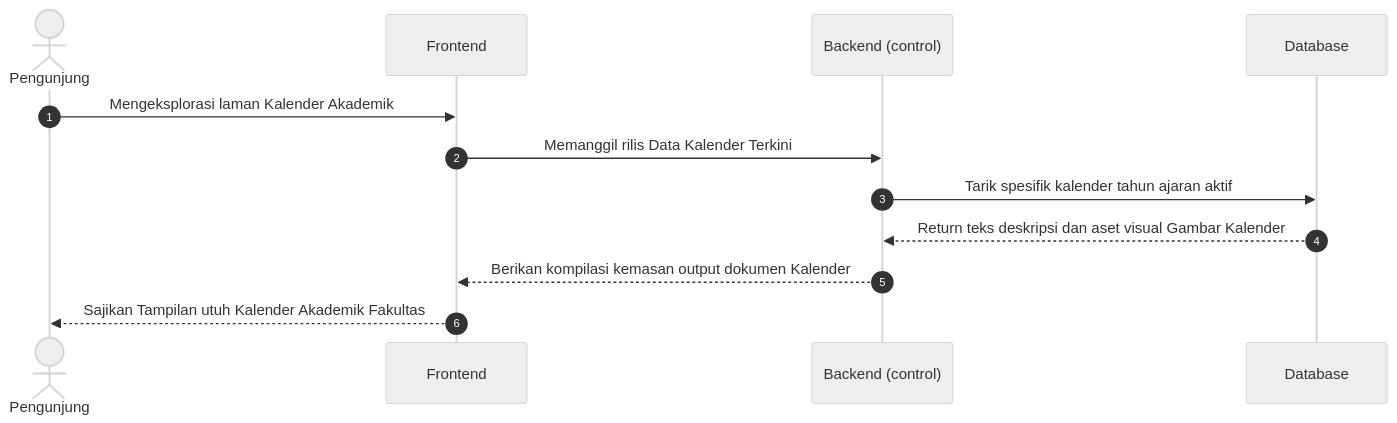
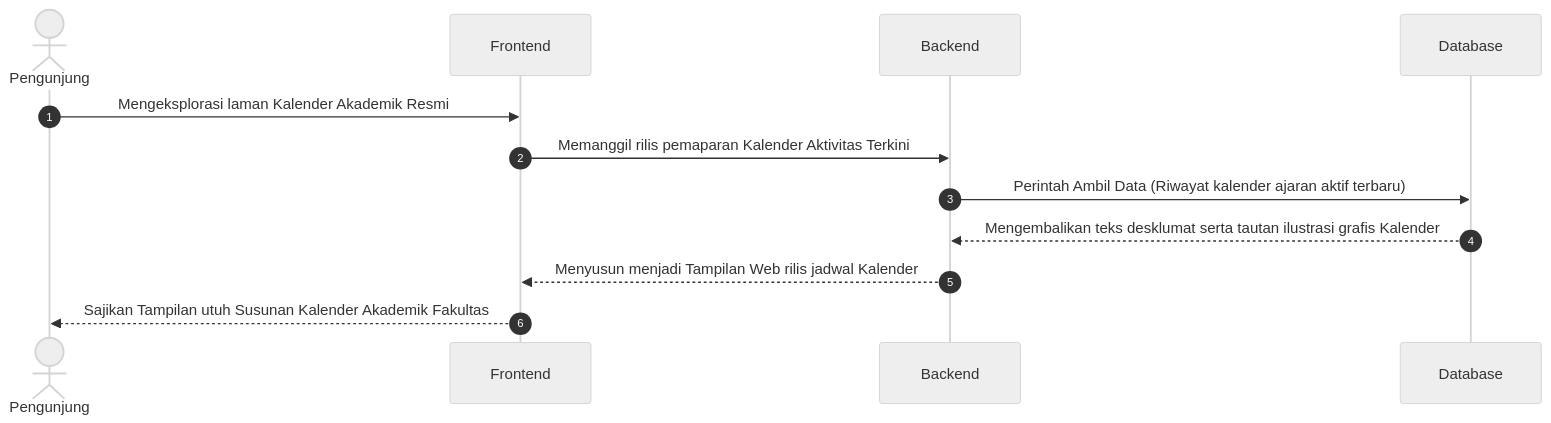
Before and after one commit to arbain-dev/Web_fikom: diagram 12 of 22 in docs/kumpulan_sequence_frontend.md, drawn with Mermaid (neutral theme). The commit also changed other lines of this file and 1 other file, not shown here.

Commit message:
docs: menyederhanakan bahasa teknikal (query, render, html, http, json) menjadi perbendaharaan operasional sederhana di diagram aktivitas public frontend

````diff
--- a/docs/kumpulan_sequence_frontend.md
+++ b/docs/kumpulan_sequence_frontend.md
@@ -233,17 +229,17 @@
 ```mermaid
 sequenceDiagram
     autonumber
     actor User as Pengunjung
-    participant Frontend
-    participant Backend as Backend (control)
-    participant DB as Database
+    participant Frontend as Frontend
+    participant Backend as Backend
+    participant Database as Database
 
-    User->>Frontend: Mengeksplorasi laman Kalender Akademik
-    Frontend->>Backend: Memanggil rilis Data Kalender Terkini
+    User->>Frontend: Mengeksplorasi laman Kalender Akademik Resmi
+    Frontend->>Backend: Memanggil rilis pemaparan Kalender Aktivitas Terkini
     
-    Backend->>DB: Tarik spesifik kalender tahun ajaran aktif
-    DB-->>Backend: Return teks deskripsi dan aset visual Gambar Kalender
+    Backend->>Database: Perintah Ambil Data (Riwayat kalender ajaran aktif terbaru)
+    Database-->>Backend: Mengembalikan teks desklumat serta tautan ilustrasi grafis Kalender
     
-    Backend-->>Frontend: Berikan kompilasi kemasan output dokumen Kalender
-    Frontend-->>User: Sajikan Tampilan utuh Kalender Akademik Fakultas
+    Backend-->>Frontend: Menyusun menjadi Tampilan Web rilis jadwal Kalender
+    Frontend-->>User: Sajikan Tampilan utuh Susunan Kalender Akademik Fakultas
 ```
````
